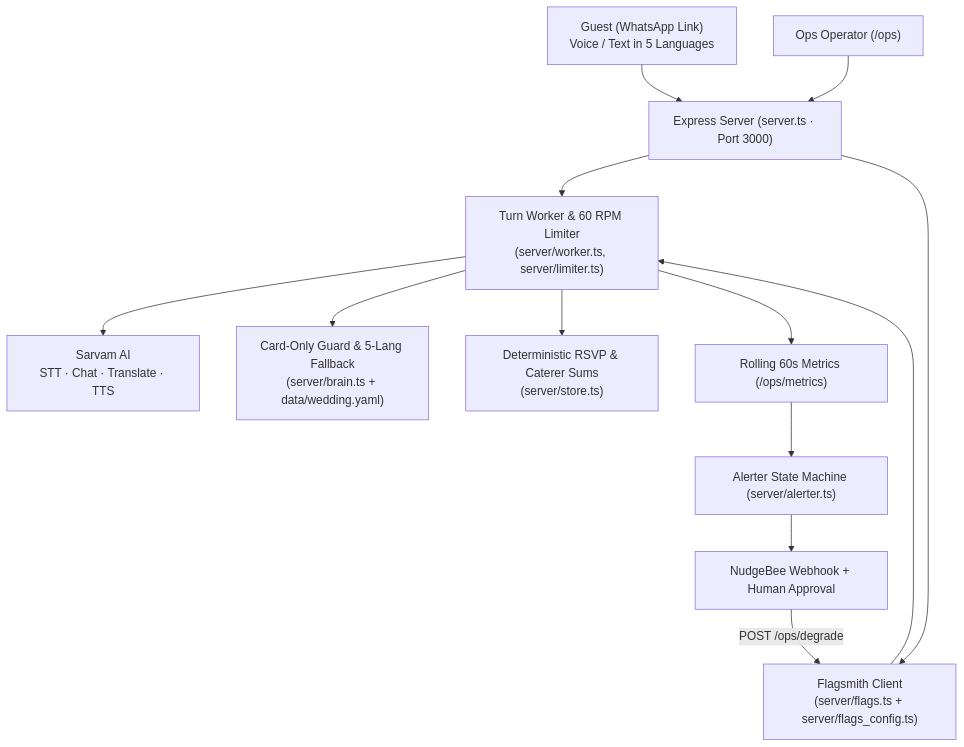
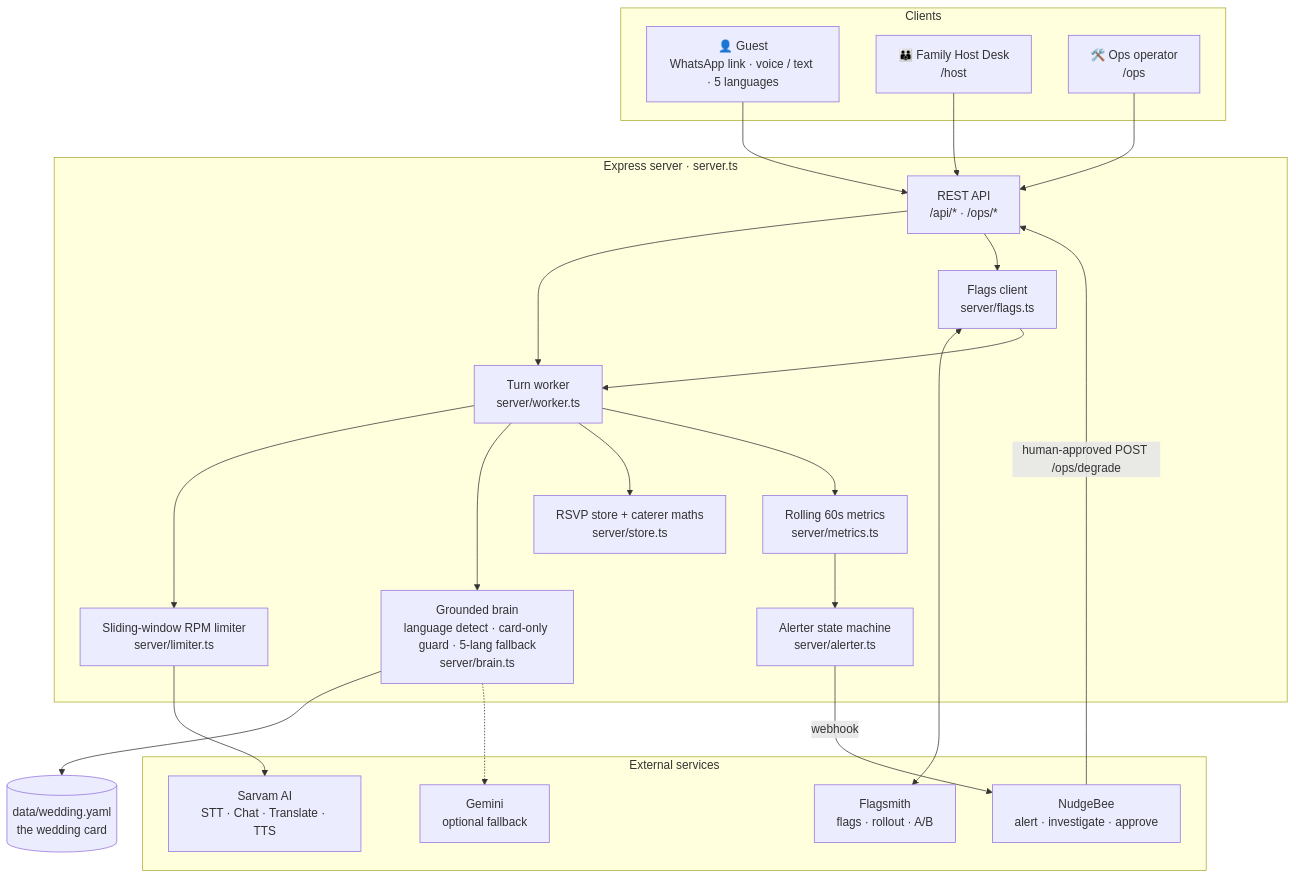
The first of 4 diagrams in README.md (Dhayananth13/HaanJi), drawn with Mermaid before and after one commit. The commit also changed other lines of this file and 8 other files, not shown here.

````diff
--- a/README.md
+++ b/README.md
@@ -31,18 +63,44 @@
 ```mermaid
 flowchart TB
-    Guest["Guest (WhatsApp Link)<br/>Voice / Text in 5 Languages"] --> API["Express Server (server.ts · Port 3000)"]
-    Ops["Ops Operator (/ops)"] --> API
+    subgraph Clients["Clients"]
+        G["👤 Guest<br/>WhatsApp link · voice / text · 5 languages"]
+        H["👪 Family Host Desk<br/>/host"]
+        O["🛠️ Ops operator<br/>/ops"]
+    end
 
-    API --> Worker["Turn Worker & 60 RPM Limiter<br/>(server/worker.ts, server/limiter.ts)"]
-    Worker --> Sarvam["Sarvam AI<br/>STT · Chat · Translate · TTS"]
-    Worker --> Ground["Card-Only Guard & 5-Lang Fallback<br/>(server/brain.ts + data/wedding.yaml)"]
-    Worker --> Store["Deterministic RSVP & Caterer Sums<br/>(server/store.ts)"]
+    subgraph Server["Express server · server.ts"]
+        API["REST API<br/>/api/* · /ops/*"]
+        W["Turn worker<br/>server/worker.ts"]
+        L["Sliding-window RPM limiter<br/>server/limiter.ts"]
+        B["Grounded brain<br/>language detect · card-only guard · 5-lang fallback<br/>server/brain.ts"]
+        S["RSVP store + caterer maths<br/>server/store.ts"]
+        F["Flags client<br/>server/flags.ts"]
+        M["Rolling 60s metrics<br/>server/metrics.ts"]
+        A["Alerter state machine<br/>server/alerter.ts"]
+    end
 
-    API --> Flagsmith["Flagsmith Client<br/>(server/flags.ts + server/flags_config.ts)"]
-    Flagsmith --> Worker
+    subgraph External["External services"]
+        SV["Sarvam AI<br/>STT · Chat · Translate · TTS"]
+        GM["Gemini<br/>optional fallback"]
+        FS["Flagsmith<br/>flags · rollout · A/B"]
+        NB["NudgeBee<br/>alert · investigate · approve"]
+    end
 
-    Worker --> Metrics["Rolling 60s Metrics (/ops/metrics)"]
-    Metrics --> Alerter["Alerter State Machine (server/alerter.ts)"]
-    Alerter --> NudgeBee["NudgeBee Webhook + Human Approval"]
-    NudgeBee -- "POST /ops/degrade" --> Flagsmith
+    CARD[("data/wedding.yaml<br/>the wedding card")]
+
+    G --> API
+    H --> API
+    O --> API
+    API --> W
+    W --> L --> SV
+    W --> B
+    B --> CARD
+    B -.-> GM
+    W --> S
+    API --> F
+    F <--> FS
+    F --> W
+    W --> M --> A
+    A -- "webhook" --> NB
+    NB -- "human-approved POST /ops/degrade" --> API
 ```
````
